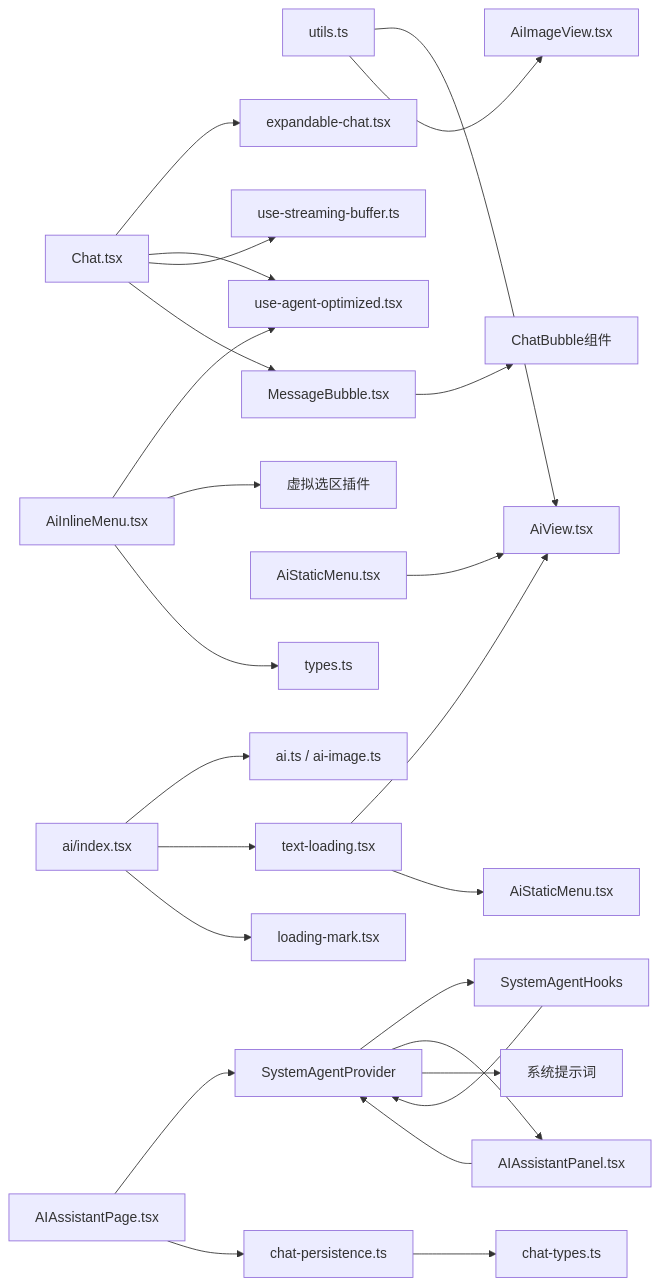
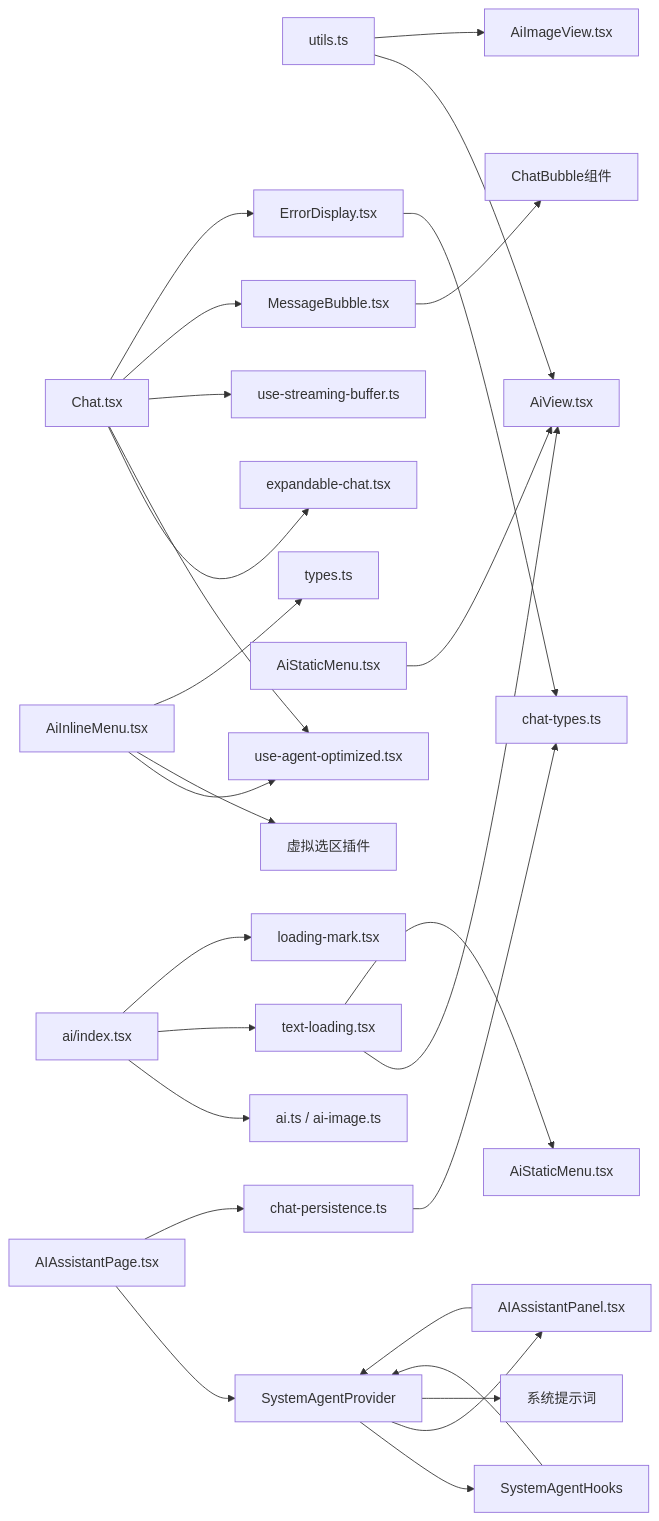
Diagram 17 of 17 in .qoder/repowiki/zh/content/功能模块/AI插件/AI聊天界面.md (LRF0422/Kotion), drawn with Mermaid before and after one commit. The commit also changed other lines of this file and 34 other files, not shown here.

````diff
--- a/.qoder/repowiki/zh/content/功能模块/AI插件/AI聊天界面.md
+++ b/.qoder/repowiki/zh/content/功能模块/AI插件/AI聊天界面.md
@@ -665,27 +804,29 @@
 ```mermaid
 graph LR
 Utils["utils.ts"] --> AiView["AiView.tsx"]
 Utils --> AiImageView["AiImageView.tsx"]
 LoadingExt["text-loading.tsx"] --> AiView
 LoadingExt --> AiStaticMenu["AiStaticMenu.tsx"]
 Chat["Chat.tsx"] --> Expandable["expandable-chat.tsx"]
 Chat --> Agent["use-agent-optimized.tsx"]
 InlineMenu["AiInlineMenu.tsx"] --> Agent
 InlineMenu --> VirtualSel["虚拟选区插件"]
 MessageBubble["MessageBubble.tsx"] --> ChatBubble["ChatBubble组件"]
 StaticMenu["AiStaticMenu.tsx"] --> AiView
 PluginIdx["ai/index.tsx"] --> Nodes["ai.ts / ai-image.ts"]
 PluginIdx --> LoadingExt
 PluginIdx --> LoadingMark["loading-mark.tsx"]
 Chat --> StreamBuffer["use-streaming-buffer.ts"]
 Chat --> MessageBubble
+Chat --> ErrorDisplay["ErrorDisplay.tsx"]
 InlineMenu --> Types["types.ts"]
 SystemPage["AIAssistantPage.tsx"] --> SystemContext["SystemAgentProvider"]
 SystemContext --> SystemHooks["SystemAgentHooks"]
 SystemContext --> SystemPanel["AIAssistantPanel.tsx"]
 SystemContext --> SystemConstants["系统提示词"]
 SystemPage --> ChatPersistence["chat-persistence.ts"]
 ChatPersistence --> ChatTypes["chat-types.ts"]
 SystemHooks --> SystemContext
 SystemPanel --> SystemContext
+ErrorDisplay --> ChatTypes
 ```
````
